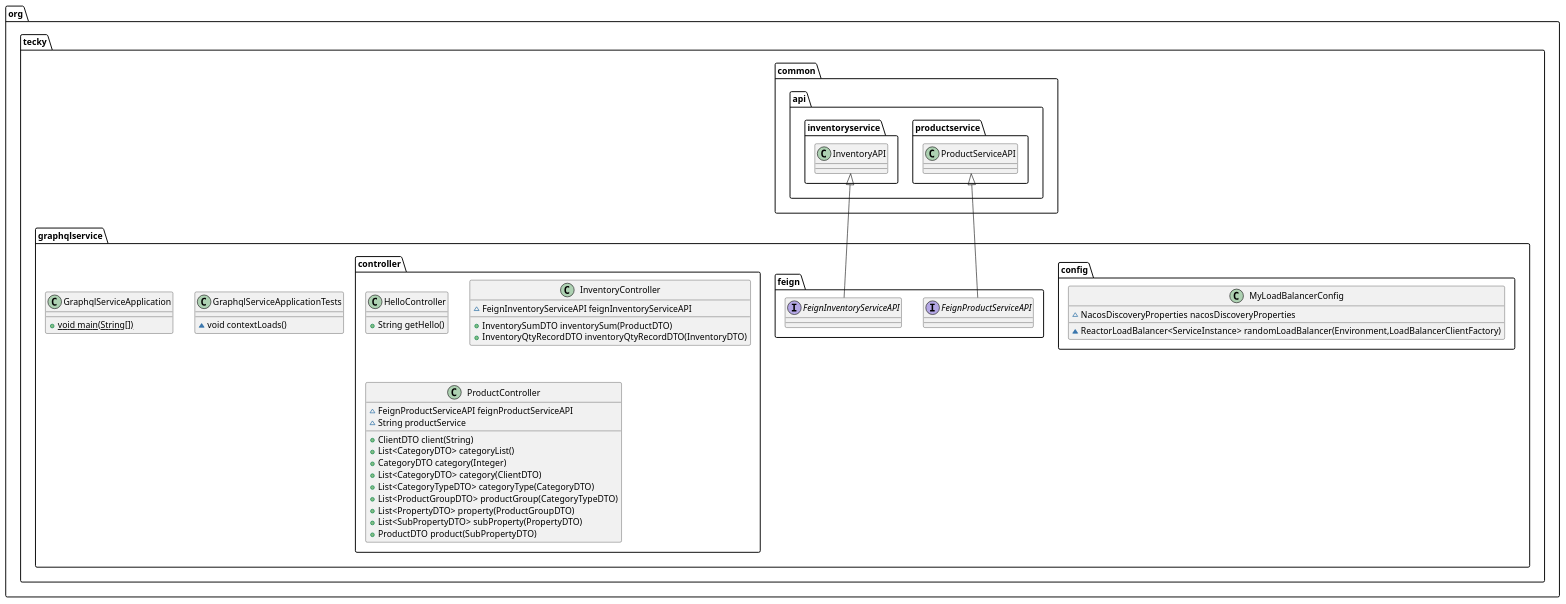
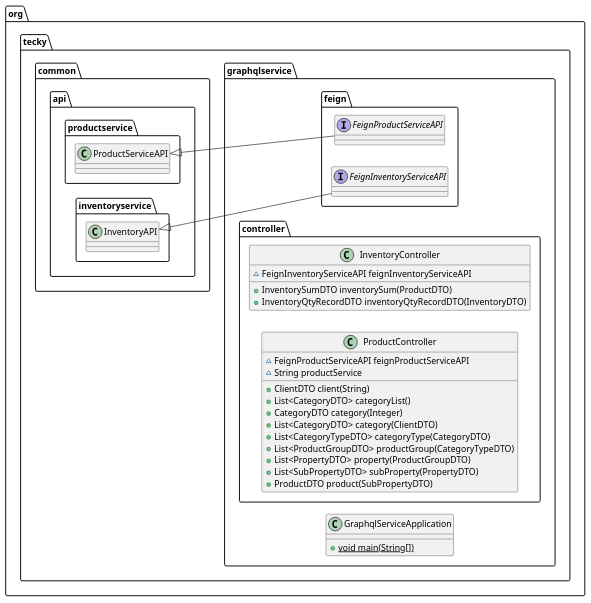
One commit to faAnswer/EShop-Builder-SpringCloud-Microservice changed the diagram in graphql-service.puml. Above: the diagram before and after it, drawn with PlantUML. The commit also changed 6 other files, not shown here.

```diff
--- a/graphql-service.puml
+++ b/graphql-service.puml
@@ -1,41 +1,32 @@
 @startuml
-class org.tecky.graphqlservice.config.MyLoadBalancerConfig {
-~ NacosDiscoveryProperties nacosDiscoveryProperties
-~ ReactorLoadBalancer<ServiceInstance> randomLoadBalancer(Environment,LoadBalancerClientFactory)
-}
-class org.tecky.graphqlservice.GraphqlServiceApplicationTests {
-~ void contextLoads()
-}
+left to right direction
+
 interface org.tecky.graphqlservice.feign.FeignProductServiceAPI {
-}
-class org.tecky.graphqlservice.controller.HelloController {
-+ String getHello()
 }
 class org.tecky.graphqlservice.controller.InventoryController {
 ~ FeignInventoryServiceAPI feignInventoryServiceAPI
 + InventorySumDTO inventorySum(ProductDTO)
 + InventoryQtyRecordDTO inventoryQtyRecordDTO(InventoryDTO)
 }
 interface org.tecky.graphqlservice.feign.FeignInventoryServiceAPI {
 }
 class org.tecky.graphqlservice.controller.ProductController {
 ~ FeignProductServiceAPI feignProductServiceAPI
 ~ String productService
 + ClientDTO client(String)
 + List<CategoryDTO> categoryList()
 + CategoryDTO category(Integer)
 + List<CategoryDTO> category(ClientDTO)
 + List<CategoryTypeDTO> categoryType(CategoryDTO)
 + List<ProductGroupDTO> productGroup(CategoryTypeDTO)
 + List<PropertyDTO> property(ProductGroupDTO)
 + List<SubPropertyDTO> subProperty(PropertyDTO)
 + ProductDTO product(SubPropertyDTO)
 }
 class org.tecky.graphqlservice.GraphqlServiceApplication {
 + {static} void main(String[])
 }
 
-
 org.tecky.common.api.productservice.ProductServiceAPI <|-- org.tecky.graphqlservice.feign.FeignProductServiceAPI
 org.tecky.common.api.inventoryservice.InventoryAPI <|-- org.tecky.graphqlservice.feign.FeignInventoryServiceAPI
 @enduml
```
